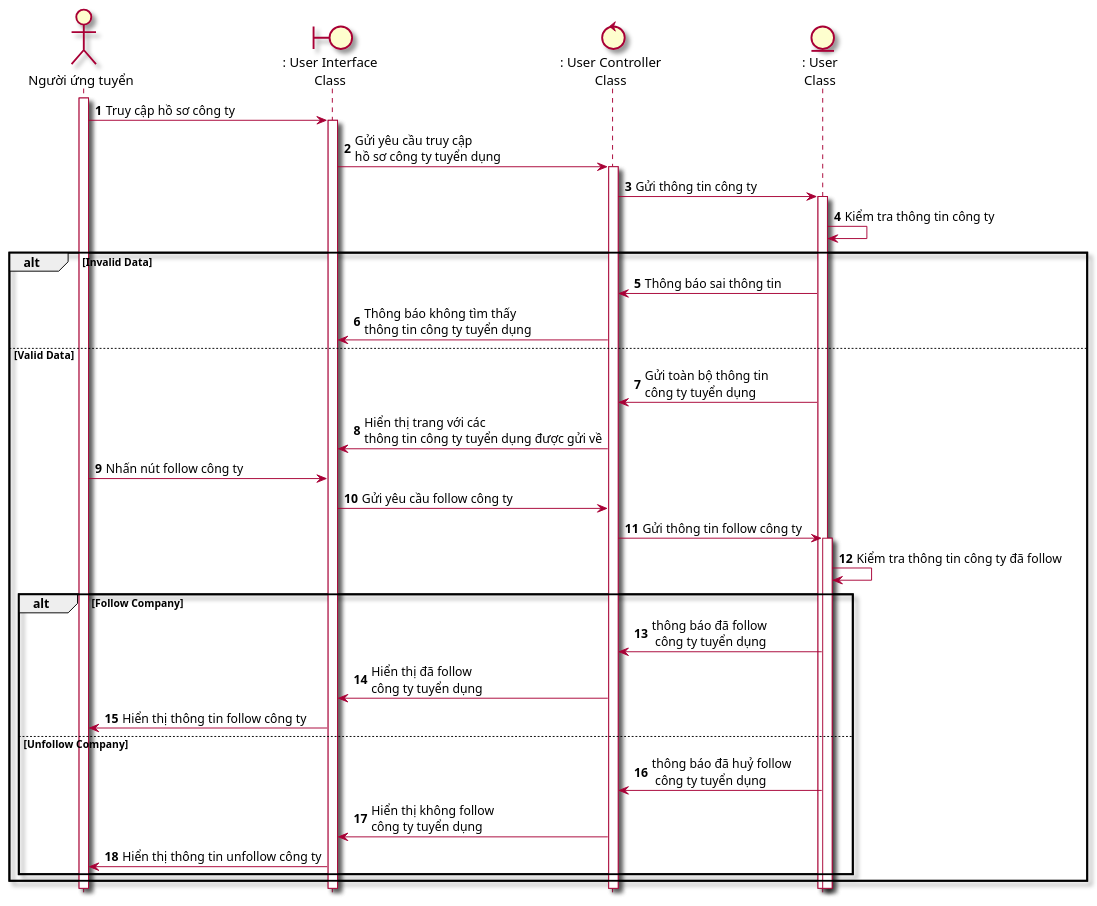
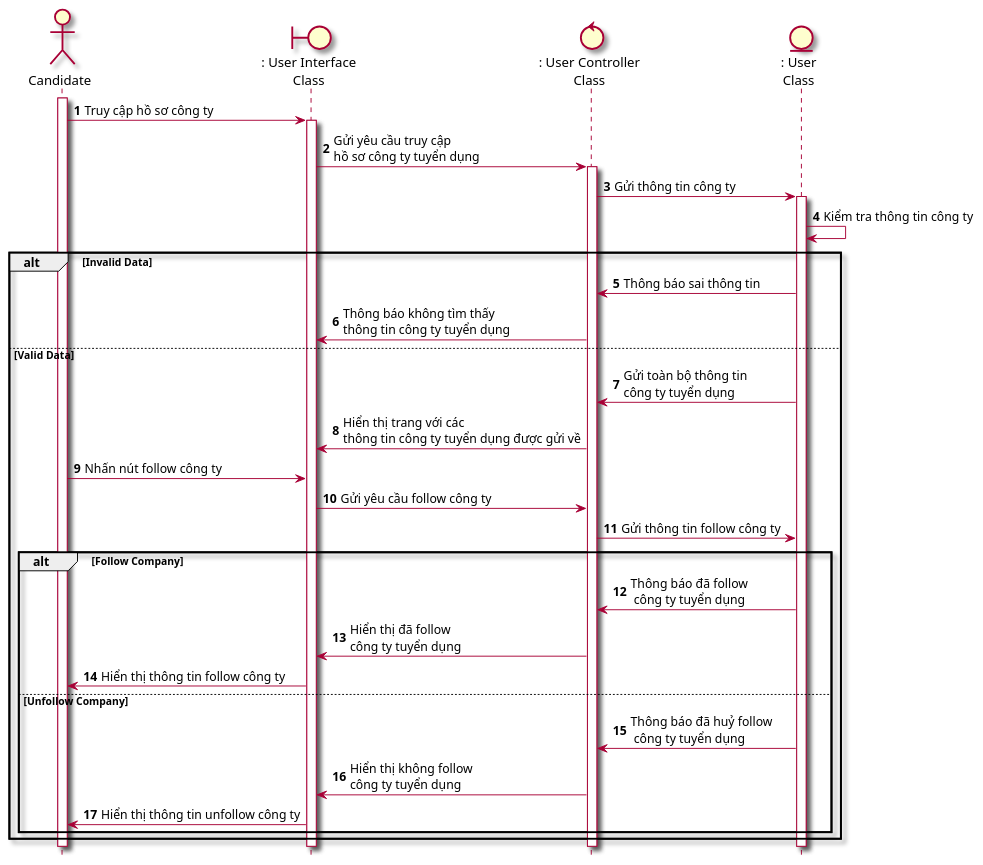
The diagram in Lab1/Lab 1.2 Diagram/Sequence/FilePUML/3.1 SeqTheoDoiCongTyTuyenDung.puml (Griselda4774/EAS-EmploymentAssistanceSystem), drawn with PlantUML before and after one commit. The commit also changed 20 other files, not shown here.

```diff
--- a/Lab1/Lab 1.2 Diagram/Sequence/FilePUML/3.1 SeqTheoDoiCongTyTuyenDung.puml
+++ b/Lab1/Lab 1.2 Diagram/Sequence/FilePUML/3.1 SeqTheoDoiCongTyTuyenDung.puml
@@ -1,35 +1,34 @@
 @startuml SeqTheoDoiCongTyTuyenDung
 skin rose 
 hide footbox
-actor nguoiUngTuyen as "Người ứng tuyển"
+actor candidate as "Candidate"
 boundary userInterface as ": User Interface\nClass"
 control userController as ": User Controller\nClass"
 entity User as ": User\nClass"
-nguoiUngTuyen++
+candidate++
 autonumber
-nguoiUngTuyen -> userInterface++: Truy cập hồ sơ công ty
+candidate -> userInterface++: Truy cập hồ sơ công ty
 userInterface -> userController++: Gửi yêu cầu truy cập \nhồ sơ công ty tuyển dụng
 userController -> User++: Gửi thông tin công ty
 User -> User: Kiểm tra thông tin công ty 
 alt Invalid Data
 User -> userController: Thông báo sai thông tin
 userController-> userInterface: Thông báo không tìm thấy\nthông tin công ty tuyển dụng
 else Valid Data
 User -> userController: Gửi toàn bộ thông tin \ncông ty tuyển dụng
 userController -> userInterface: Hiển thị trang với các \nthông tin công ty tuyển dụng được gửi về
-nguoiUngTuyen -> userInterface: Nhấn nút follow công ty
+candidate -> userInterface: Nhấn nút follow công ty
 userInterface -> userController: Gửi yêu cầu follow công ty
-userController -> User++: Gửi thông tin follow công ty
-User -> User: Kiểm tra thông tin công ty đã follow
+userController -> User: Gửi thông tin follow công ty
     alt Follow Company
-        User -> userController: thông báo đã follow\n công ty tuyển dụng
+        User -> userController: Thông báo đã follow\n công ty tuyển dụng
         userController->userInterface: Hiển thị đã follow \ncông ty tuyển dụng
-        userInterface->nguoiUngTuyen: Hiển thị thông tin follow công ty
+        userInterface->candidate: Hiển thị thông tin follow công ty
     else Unfollow Company
-        User -> userController: thông báo đã huỷ follow\n công ty tuyển dụng
+        User -> userController: Thông báo đã huỷ follow\n công ty tuyển dụng
         userController->userInterface: Hiển thị không follow \ncông ty tuyển dụng
-        userInterface->nguoiUngTuyen: Hiển thị thông tin unfollow công ty
+        userInterface->candidate: Hiển thị thông tin unfollow công ty
 
     end
 end
 @enduml
```
